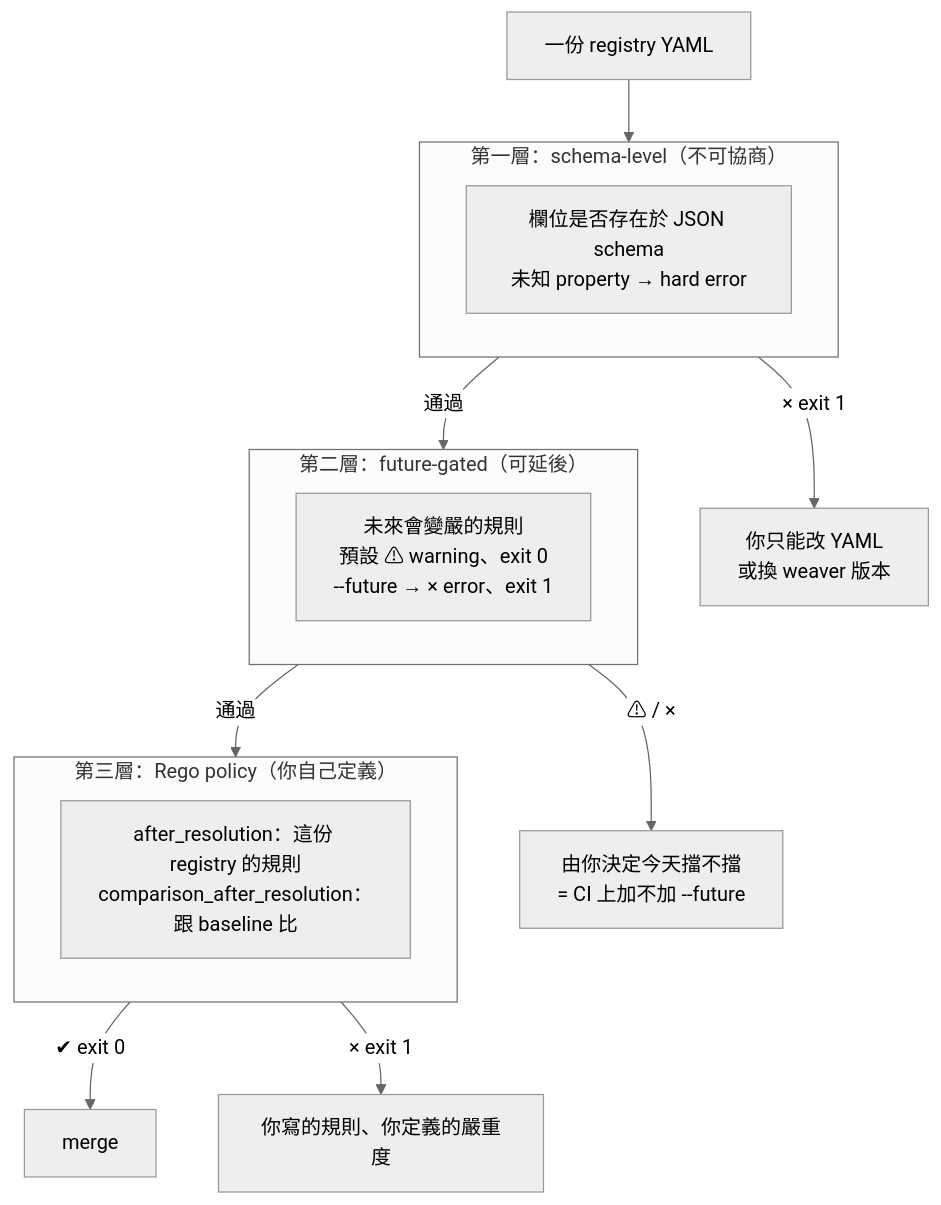
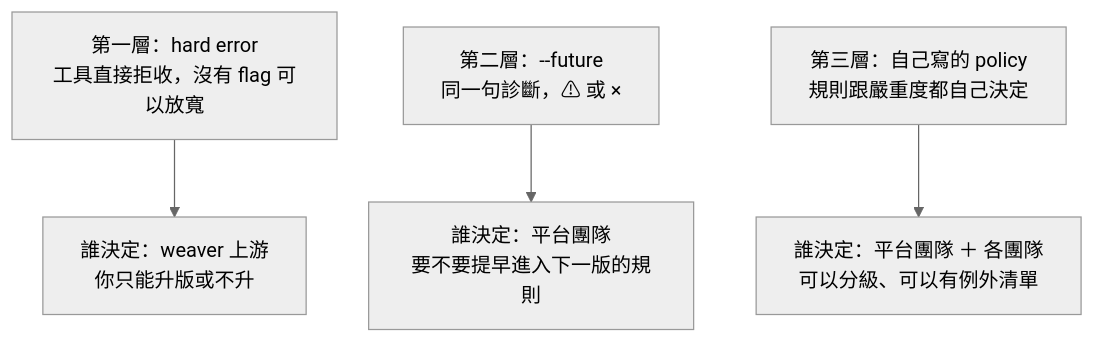
One commit to tedmax100/o11y-bench changed the second of 3 diagrams in weaver-demo/ironman-2026/day09.md. Above: the diagram before and after it, drawn with Mermaid (neutral theme). The commit also changed other lines of this file and 1 other file, not shown here.

First line of the commit message:
docs(day09): rewrite against the new Day1-8 baseline

````diff
--- a/weaver-demo/ironman-2026/day09.md
+++ b/weaver-demo/ironman-2026/day09.md
@@ -26,22 +133,10 @@
 ```mermaid
 flowchart TB
-    Y["一份 registry YAML"] --> T1
+    L1["第一層：hard error<br/>工具直接拒收，沒有 flag 可以放寬"]
+    L2["第二層：--future<br/>同一句診斷，⚠ 或 ×"]
+    L3["第三層：自己寫的 policy<br/>規則跟嚴重度都自己決定"]
 
-    subgraph T1["第一層：schema-level（不可協商）"]
-      A["欄位是否存在於 JSON schema<br/>未知 property → hard error"]
-    end
-    T1 -->|通過| T2
-    T1 -->|"× exit 1"| E1["你只能改 YAML<br/>或換 weaver 版本"]
-
-    subgraph T2["第二層：future-gated（可延後）"]
-      B["未來會變嚴的規則<br/>預設 ⚠ warning、exit 0<br/>--future → × error、exit 1"]
-    end
-    T2 -->|通過| T3
-    T2 -->|"⚠ / ×"| E2["由你決定今天擋不擋<br/>= CI 上加不加 --future"]
-
-    subgraph T3["第三層：Rego policy（你自己定義）"]
-      C["after_resolution：這份 registry 的規則<br/>comparison_after_resolution：跟 baseline 比"]
-    end
-    T3 -->|"✔ exit 0"| OK["merge"]
-    T3 -->|"× exit 1"| E3["你寫的規則、你定義的嚴重度"]
+    L1 --> W1["誰決定：weaver 上游<br/>你只能升版或不升"]
+    L2 --> W2["誰決定：平台團隊<br/>要不要提早進入下一版的規則"]
+    L3 --> W3["誰決定：平台團隊 ＋ 各團隊<br/>可以分級、可以有例外清單"]
 ```
````
